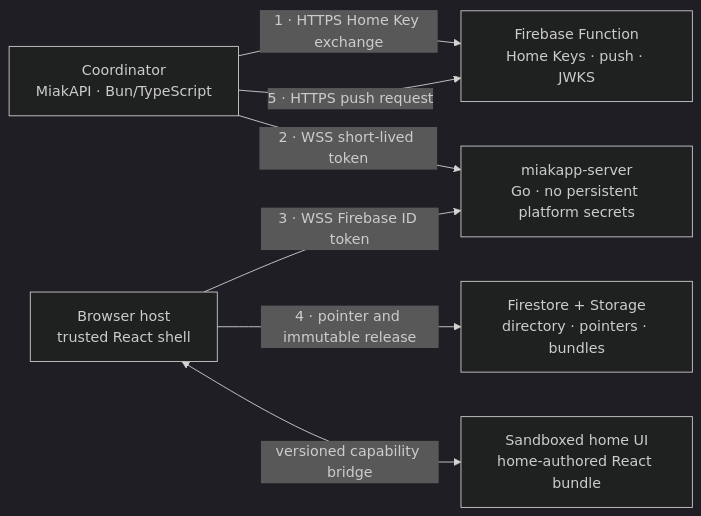
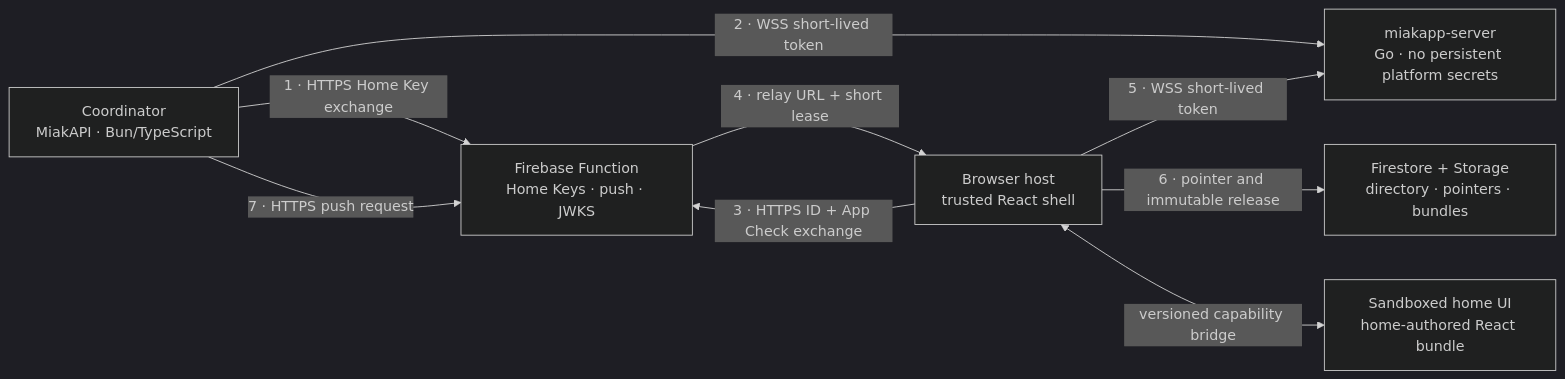
Before and after one commit to Miakapp/Miakapp-V3: the diagram in docs/specs/2026-08-29-miakapp-v4-design.md, drawn with Mermaid (dark theme). The commit also changed other lines of this file and 9 other files, not shown here.

````diff
--- a/docs/specs/2026-08-29-miakapp-v4-design.md
+++ b/docs/specs/2026-08-29-miakapp-v4-design.md
@@ -75,16 +75,18 @@
 ```mermaid
 flowchart LR
     C[Coordinator<br/>MiakAPI · Bun/TypeScript]
     F[Firebase Function<br/>Home Keys · push · JWKS]
     R[miakapp-server<br/>Go · no persistent platform secrets]
     B[Browser host<br/>trusted React shell]
     S[Firestore + Storage<br/>directory · pointers · bundles]
     U[Sandboxed home UI<br/>home-authored React bundle]
 
     C -->|1 · HTTPS Home Key exchange| F
     C -->|2 · WSS short-lived token| R
-    B -->|3 · WSS Firebase ID token| R
-    B -->|4 · pointer and immutable release| S
-    C -->|5 · HTTPS push request| F
+    B -->|3 · HTTPS ID + App Check exchange| F
+    F -->|4 · relay URL + short lease| B
+    B -->|5 · WSS short-lived token| R
+    B -->|6 · pointer and immutable release| S
+    C -->|7 · HTTPS push request| F
     B <-->|versioned capability bridge| U
 ```
````
